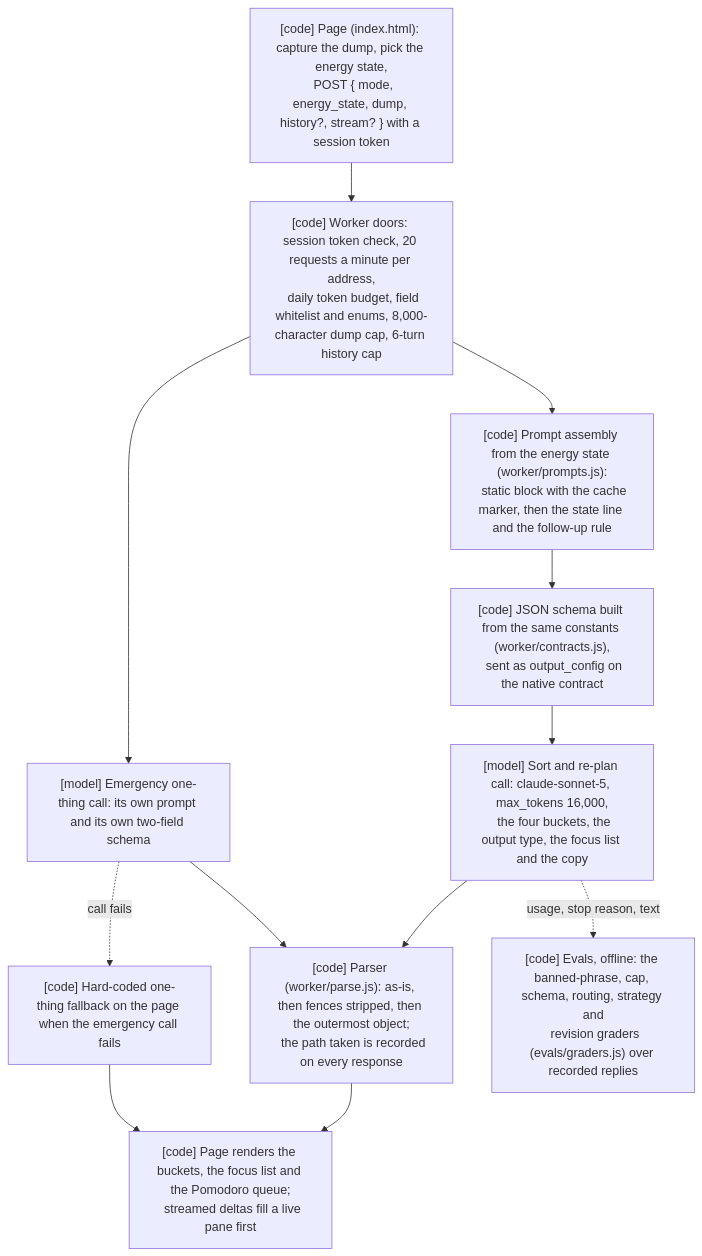
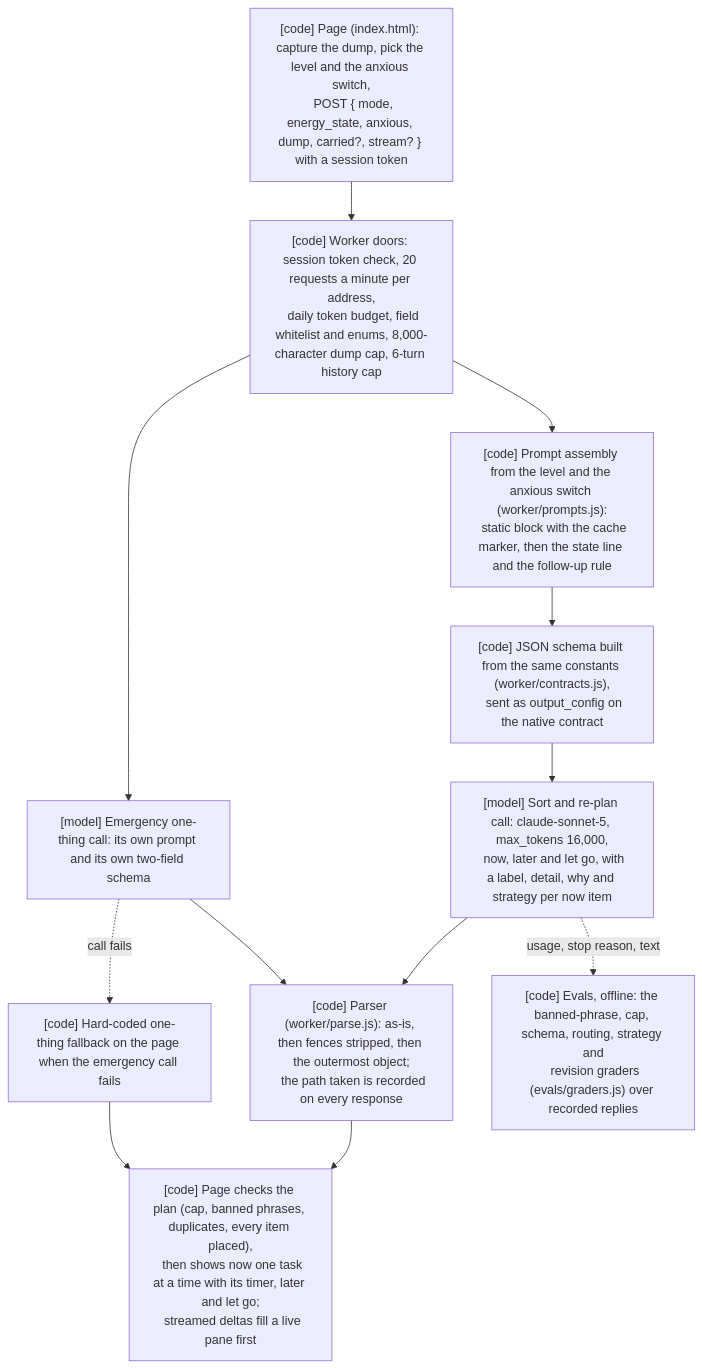
One commit to SamieVargas/brain-dump changed the diagram in README.md. Above: the diagram before and after it, drawn with Mermaid. The commit also changed other lines of this file and 40 other files, not shown here.

````diff
--- a/README.md
+++ b/README.md
@@ -19,25 +19,26 @@
 ```mermaid
 flowchart TD
-  P["[code] Page (index.html): capture the dump, pick the energy state,
-  POST { mode, energy_state, dump, history?, stream? } with a session token"]
+  P["[code] Page (index.html): capture the dump, pick the level and the anxious switch,
+  POST { mode, energy_state, anxious, dump, carried?, stream? } with a session token"]
   D["[code] Worker doors: session token check, 20 requests a minute per address,
   daily token budget, field whitelist and enums, 8,000-character dump cap, 6-turn history cap"]
-  A["[code] Prompt assembly from the energy state (worker/prompts.js):
+  A["[code] Prompt assembly from the level and the anxious switch (worker/prompts.js):
   static block with the cache marker, then the state line and the follow-up rule"]
   S["[code] JSON schema built from the same constants (worker/contracts.js),
   sent as output_config on the native contract"]
   M["[model] Sort and re-plan call: claude-sonnet-5, max_tokens 16,000,
-  the four buckets, the output type, the focus list and the copy"]
+  now, later and let go, with a label, detail, why and strategy per now item"]
   E["[model] Emergency one-thing call: its own prompt and its own two-field schema"]
   X["[code] Parser (worker/parse.js): as-is, then fences stripped, then the outermost object;
   the path taken is recorded on every response"]
   F["[code] Hard-coded one-thing fallback on the page when the emergency call fails"]
-  R["[code] Page renders the buckets, the focus list and the Pomodoro queue;
+  R["[code] Page checks the plan (cap, banned phrases, duplicates, every item placed),
+  then shows now one task at a time with its timer, later and let go;
   streamed deltas fill a live pane first"]
   G["[code] Evals, offline: the banned-phrase, cap, schema, routing, strategy and
   revision graders (evals/graders.js) over recorded replies"]
   P --> D --> A --> S --> M --> X --> R
   D --> E --> X
   E -. call fails .-> F --> R
   M -. usage, stop reason, text .-> G
 ```
````
